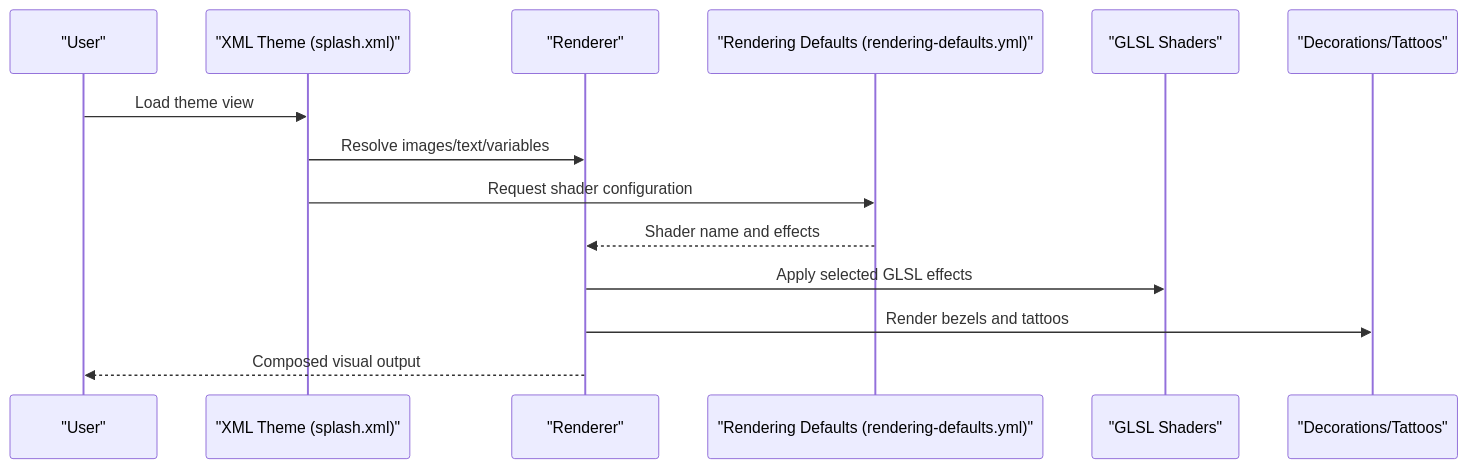
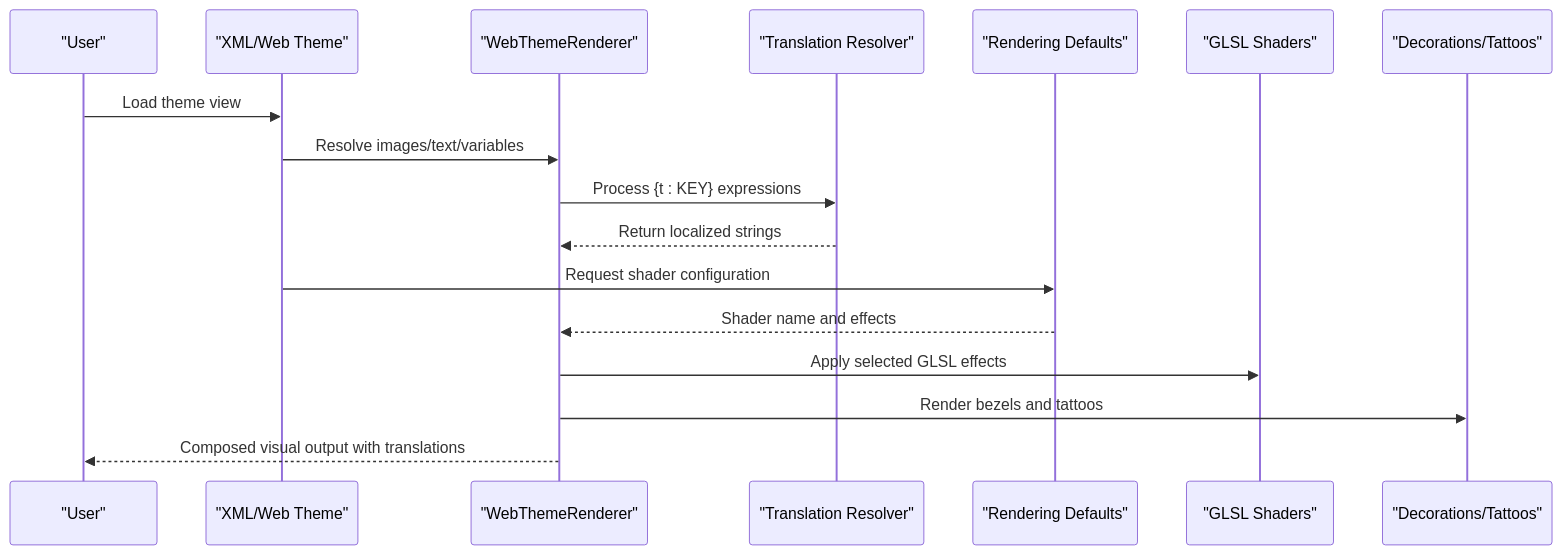
One commit to marcoriesco/RIESCADE_SYSTEM changed the second of 5 diagrams in .qoder/repowiki/en/content/Development Guide/Custom Theme and Visual Development.md. Above: the diagram before and after it, drawn with Mermaid. The commit also changed other lines of this file and 10 other files, not shown here.

````diff
--- a/.qoder/repowiki/en/content/Development Guide/Custom Theme and Visual Development.md
+++ b/.qoder/repowiki/en/content/Development Guide/Custom Theme and Visual Development.md
@@ -130,16 +164,19 @@
 ```mermaid
 sequenceDiagram
 participant User as "User"
-participant Theme as "XML Theme (splash.xml)"
-participant Renderer as "Renderer"
-participant ShaderCfg as "Rendering Defaults (rendering-defaults.yml)"
+participant Theme as "XML/Web Theme"
+participant Renderer as "WebThemeRenderer"
+participant Translator as "Translation Resolver"
+participant ShaderCfg as "Rendering Defaults"
 participant Shaders as "GLSL Shaders"
 participant Decor as "Decorations/Tattoos"
 User->>Theme : Load theme view
 Theme->>Renderer : Resolve images/text/variables
+Renderer->>Translator : Process {t : KEY} expressions
+Translator-->>Renderer : Return localized strings
 Theme->>ShaderCfg : Request shader configuration
 ShaderCfg-->>Renderer : Shader name and effects
 Renderer->>Shaders : Apply selected GLSL effects
 Renderer->>Decor : Render bezels and tattoos
-Renderer-->>User : Composed visual output
+Renderer-->>User : Composed visual output with translations
 ```
````
